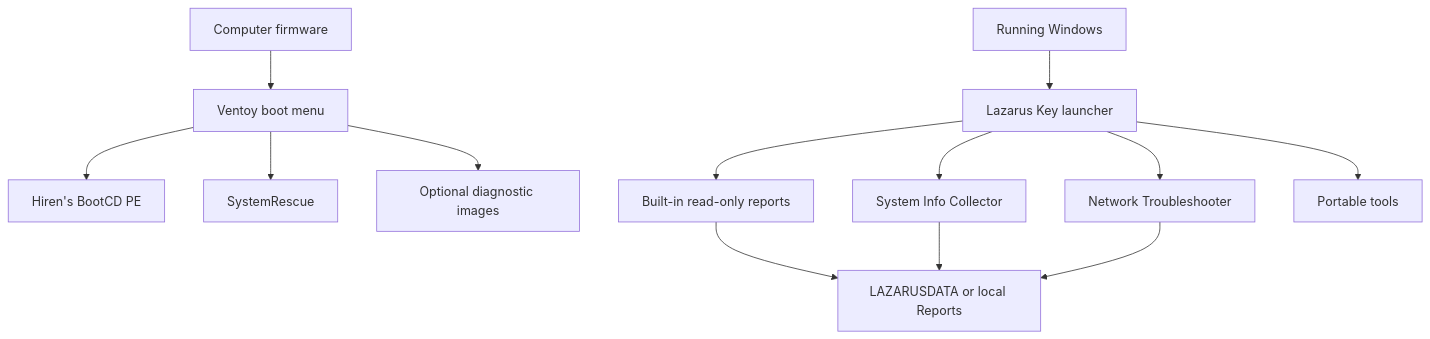
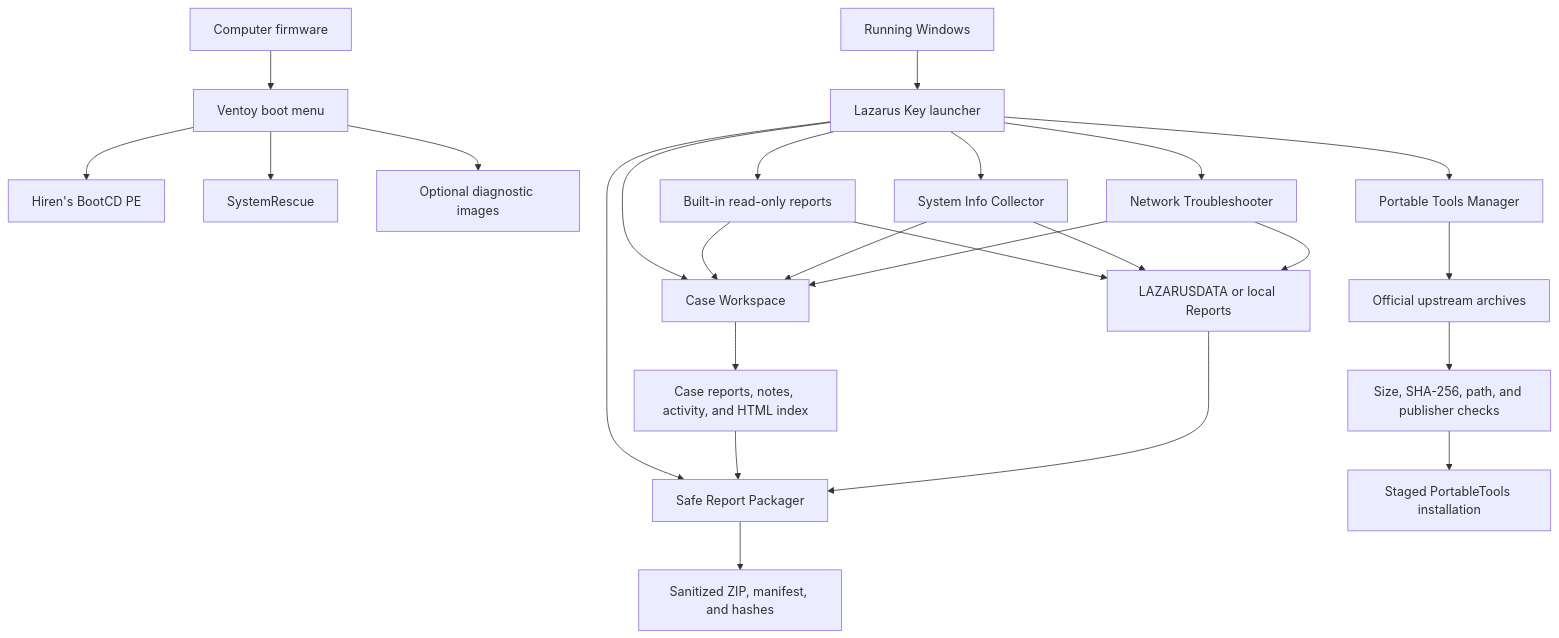
Before and after one commit to Pneumatocyst/lazarus-key: the diagram in docs/ARCHITECTURE.md, drawn with Mermaid. The commit also changed other lines of this file and 47 other files, not shown here.

````diff
--- a/docs/ARCHITECTURE.md
+++ b/docs/ARCHITECTURE.md
@@ -17,15 +17,27 @@
 ```mermaid
 flowchart TD
     A[Computer firmware] --> B[Ventoy boot menu]
     B --> C[Hiren's BootCD PE]
     B --> D[SystemRescue]
     B --> E[Optional diagnostic images]
     F[Running Windows] --> G[Lazarus Key launcher]
     G --> H[Built-in read-only reports]
     G --> I[System Info Collector]
     G --> J[Network Troubleshooter]
-    G --> K[Portable tools]
+    G --> K[Safe Report Packager]
+    G --> M[Portable Tools Manager]
+    G --> R[Case Workspace]
+    M --> O[Official upstream archives]
+    O --> P[Size, SHA-256, path, and publisher checks]
+    P --> Q[Staged PortableTools installation]
     H --> L[LAZARUSDATA or local Reports]
     I --> L
     J --> L
+    H --> R
+    I --> R
+    J --> R
+    R --> S[Case reports, notes, activity, and HTML index]
+    S --> K
+    L --> K
+    K --> N[Sanitized ZIP, manifest, and hashes]
 ```
````
